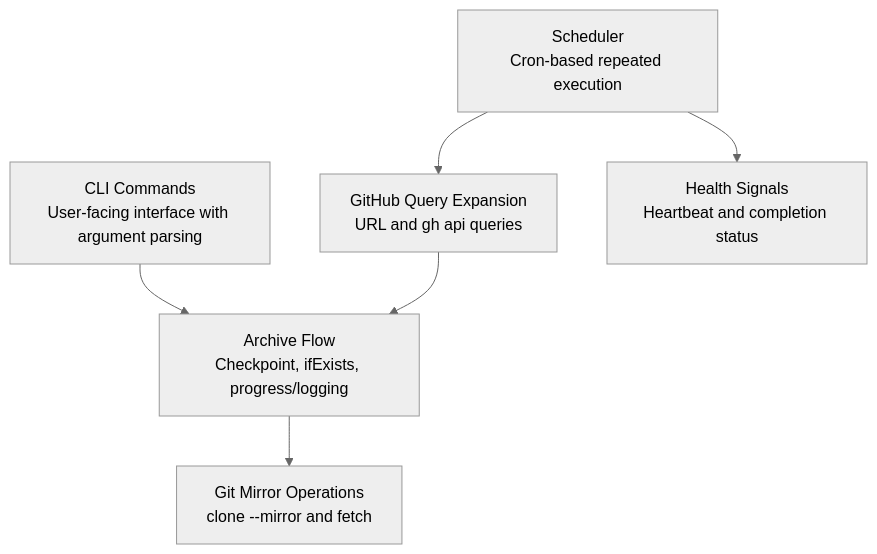
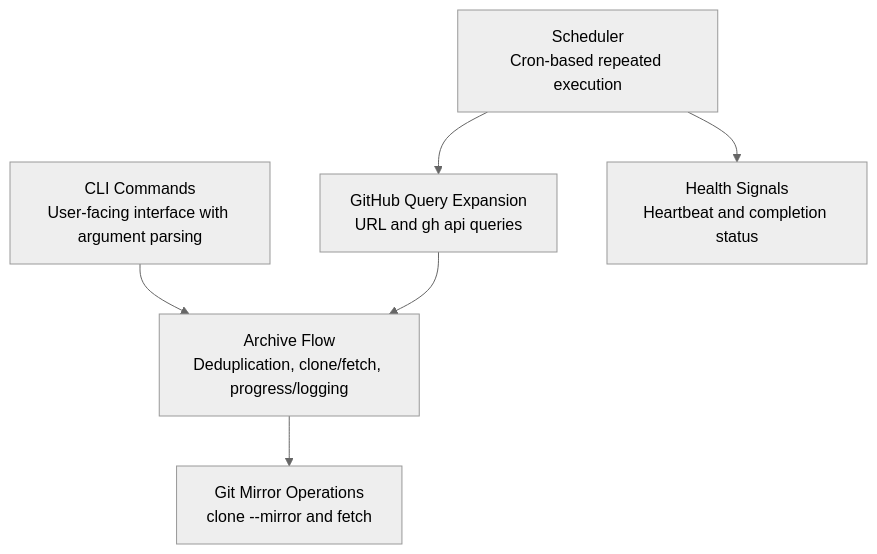
One commit to fa0311/github-archiver changed the first of 3 diagrams in ARCHITECTURE.md. Above: the diagram before and after it, drawn with Mermaid (neutral theme). The commit also changed other lines of this file and 7 other files, not shown here.

````diff
--- a/ARCHITECTURE.md
+++ b/ARCHITECTURE.md
@@ -30,15 +30,15 @@
 ```mermaid
 graph TD
     CLI[CLI Commands<br/>User-facing interface with argument parsing]
     Scheduler[Scheduler<br/>Cron-based repeated execution]
     GitHub[GitHub Query Expansion<br/>URL and gh api queries]
-    Archive[Archive Flow<br/>Checkpoint, ifExists, progress/logging]
+    Archive[Archive Flow<br/>Deduplication, clone/fetch, progress/logging]
     Git[Git Mirror Operations<br/>clone --mirror and fetch]
     Health[Health Signals<br/>Heartbeat and completion status]
 
     CLI --> Archive
     Scheduler --> GitHub
     GitHub --> Archive
     Archive --> Git
     Scheduler --> Health
 ```
````
